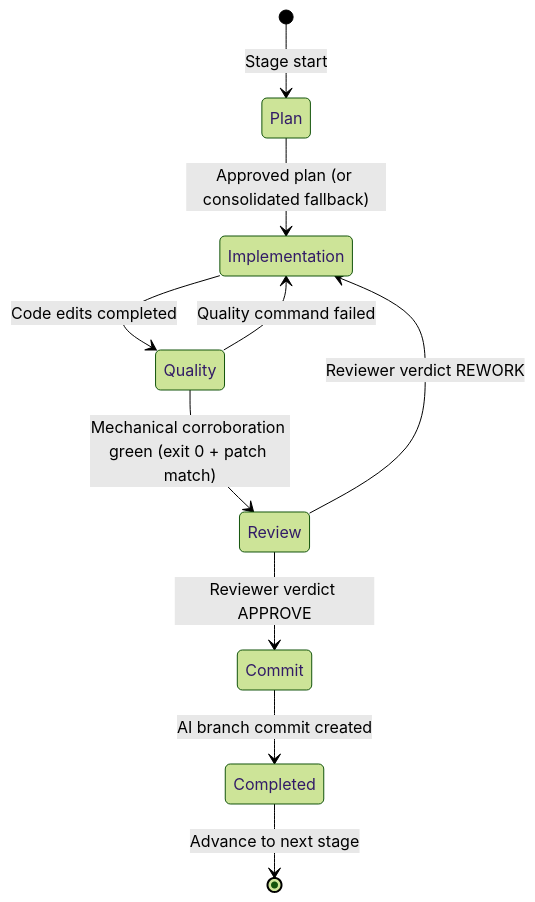
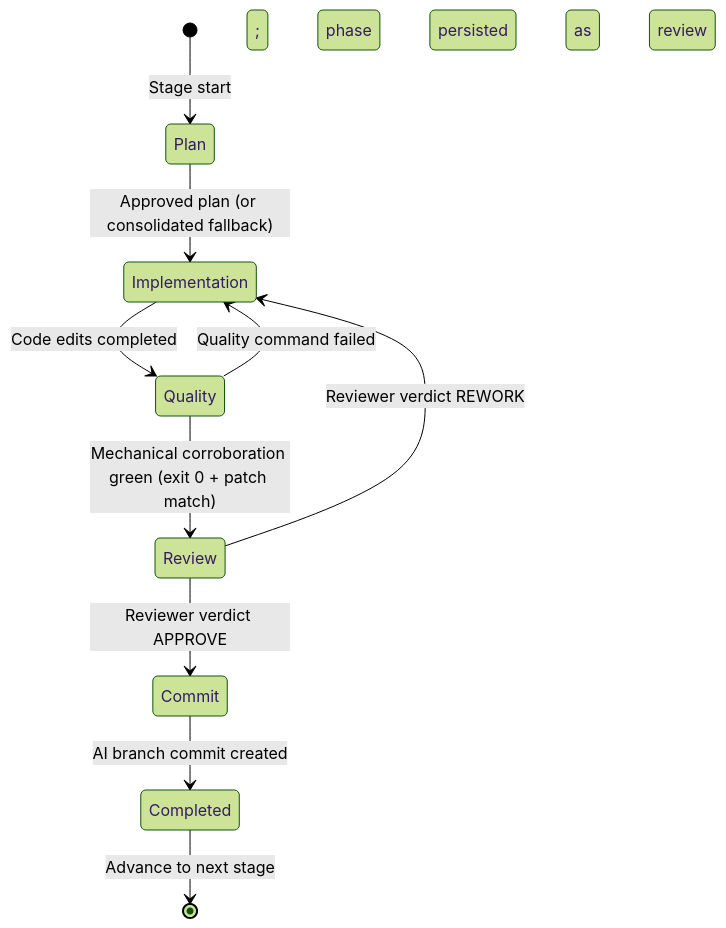
Before and after one commit to blackandcode/ai-universal-coding-harness: the second of 3 diagrams in docs/state-and-resume.md, drawn with Mermaid (forest theme). The commit also changed other lines of this file and 94 other files, not shown here.

````diff
--- a/docs/state-and-resume.md
+++ b/docs/state-and-resume.md
@@ -58,12 +58,12 @@
 ```mermaid
 stateDiagram-v2
   [*] --> Plan: Stage start
   Plan --> Implementation: Approved plan (or consolidated fallback)
   Implementation --> Quality: Code edits completed
   Quality --> Implementation: Quality command failed
-  Quality --> Review: Mechanical corroboration green (exit 0 + patch match)
+  Quality --> Review: Mechanical corroboration green (exit 0 + patch match); phase persisted as review
   Review --> Implementation: Reviewer verdict REWORK
   Review --> Commit: Reviewer verdict APPROVE
   Commit --> Completed: AI branch commit created
   Completed --> [*]: Advance to next stage
 ```
````
